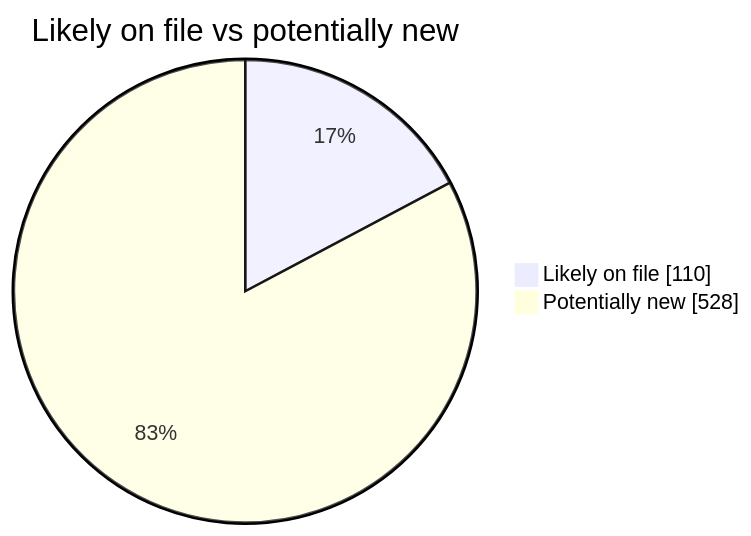
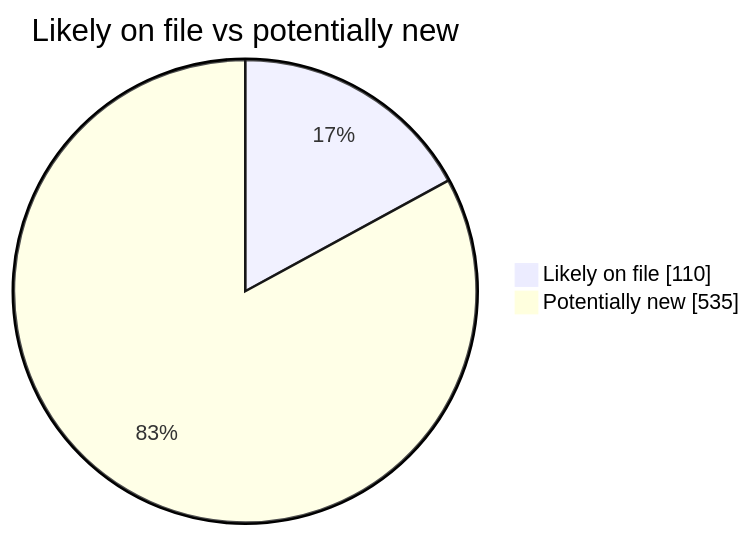
Before and after one commit to martinbalfanz/social-scanner-reports: the second of 4 diagrams in README.md, drawn with Mermaid. The commit also changed other lines of this file and 5 other files, not shown here.

````diff
--- a/README.md
+++ b/README.md
@@ -40,5 +40,5 @@
 ```mermaid
 pie showData title Likely on file vs potentially new
     "Likely on file" : 110
-    "Potentially new" : 528
+    "Potentially new" : 535
 ```
````
